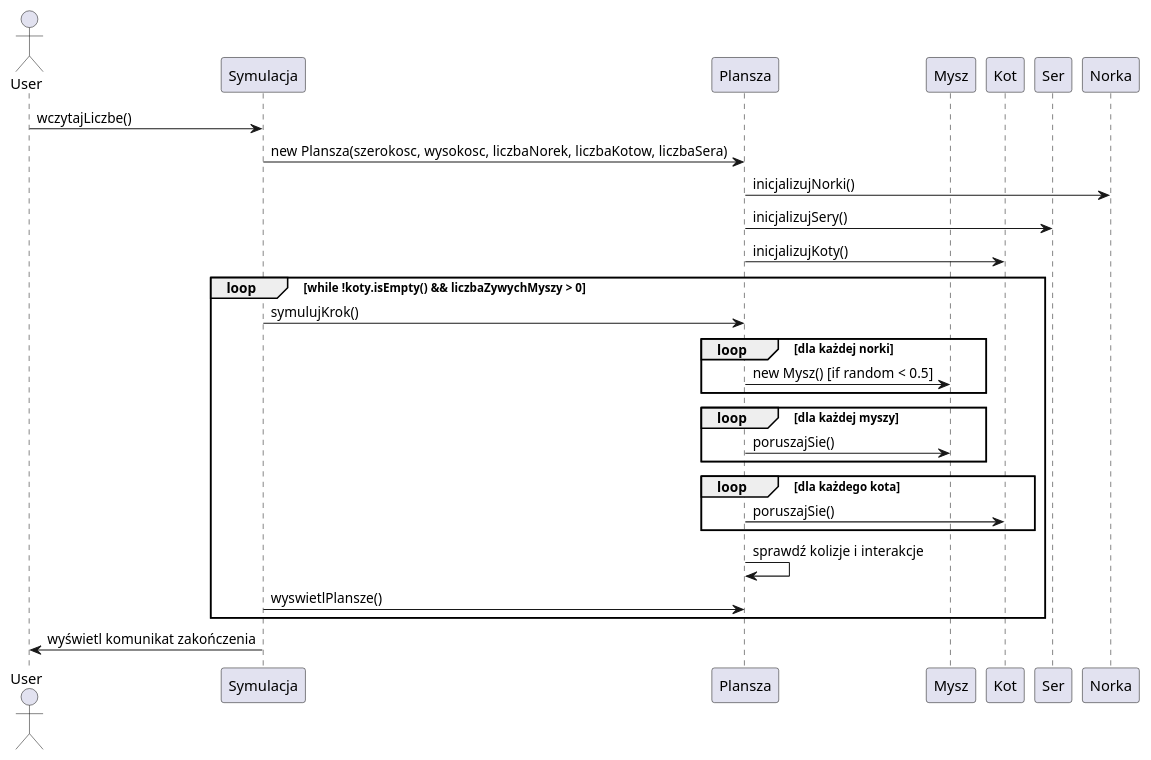
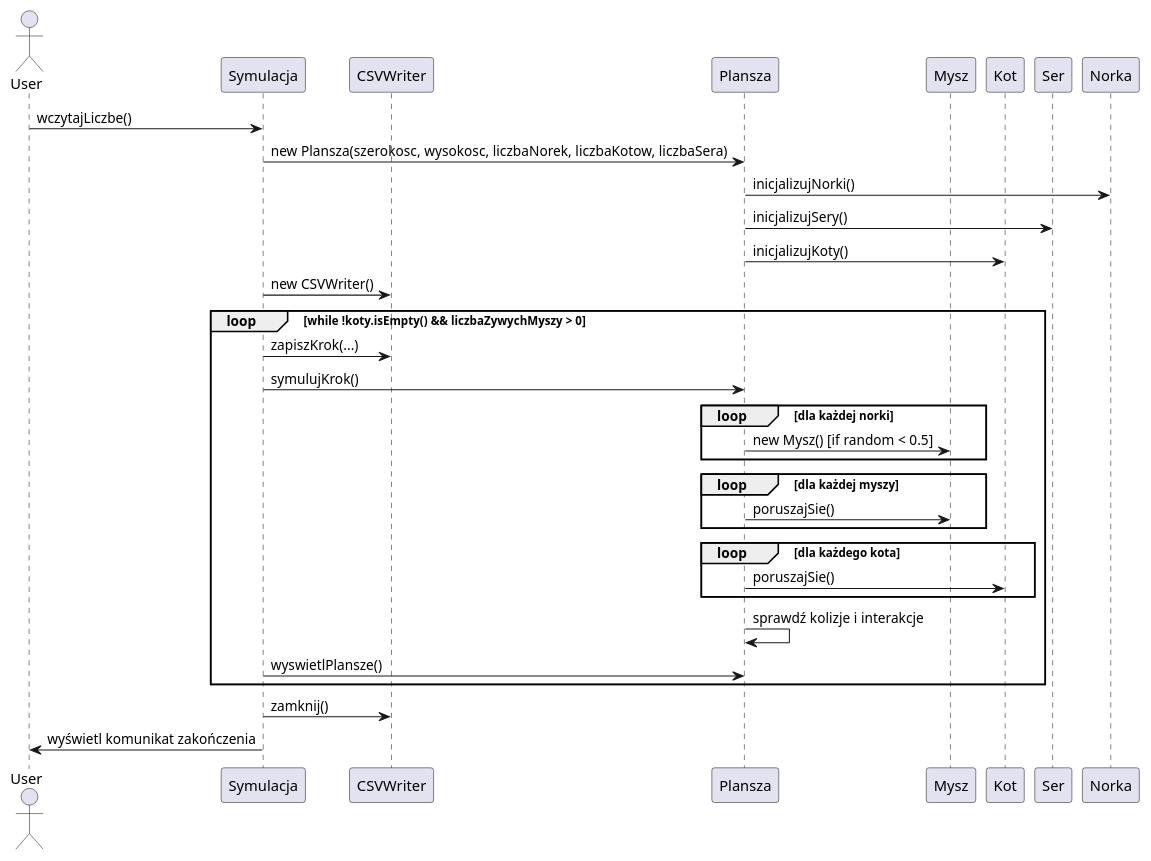
The diagram in diagram_sekwencji.puml (rochmir/symulacja_agentowa1), drawn with PlantUML before and after one commit. The commit also changed 4 other files, not shown here.

```diff
--- a/diagram_sekwencji.puml
+++ b/diagram_sekwencji.puml
@@ -1,33 +1,37 @@
 @startuml
 actor User
 participant Symulacja
+participant CSVWriter
 participant Plansza
 participant Mysz
 participant Kot
 participant Ser
 participant Norka
 
 User -> Symulacja: wczytajLiczbe()
 Symulacja -> Plansza: new Plansza(szerokosc, wysokosc, liczbaNorek, liczbaKotow, liczbaSera)
 Plansza -> Norka: inicjalizujNorki()
 Plansza -> Ser: inicjalizujSery()
 Plansza -> Kot: inicjalizujKoty()
+Symulacja -> CSVWriter: new CSVWriter()
 
 loop while !koty.isEmpty() && liczbaZywychMyszy > 0
+    Symulacja -> CSVWriter: zapiszKrok(...)
     Symulacja -> Plansza: symulujKrok()
     loop dla każdej norki
         Plansza -> Mysz: new Mysz() [if random < 0.5]
     end
     loop dla każdej myszy
         Plansza -> Mysz: poruszajSie()
     end
     loop dla każdego kota
         Plansza -> Kot: poruszajSie()
     end
     Plansza -> Plansza: sprawdź kolizje i interakcje
     Symulacja -> Plansza: wyswietlPlansze()
 end
 
+Symulacja -> CSVWriter: zamknij()
 Symulacja -> User: wyświetl komunikat zakończenia
 
 @enduml
```
